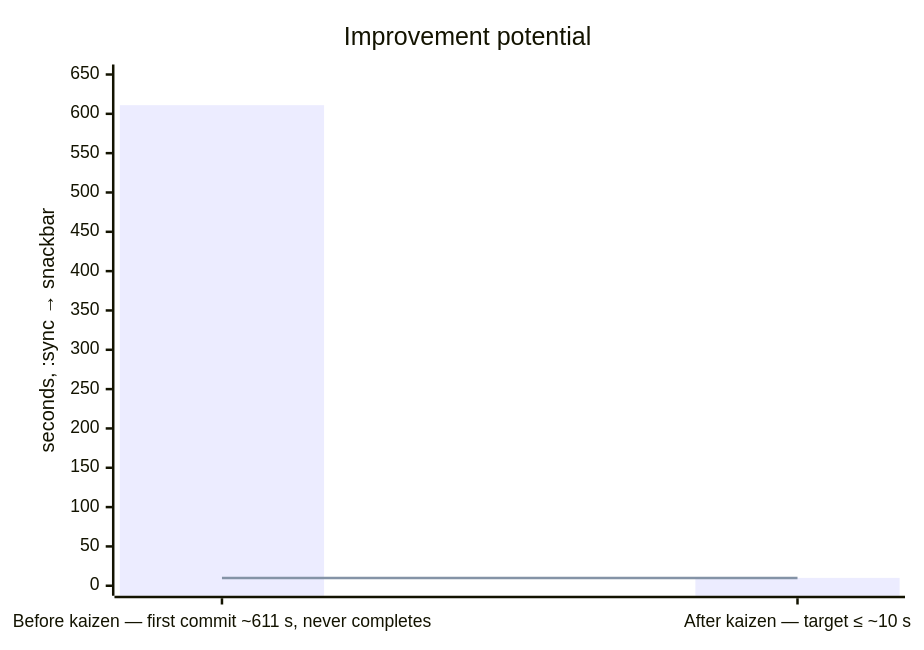
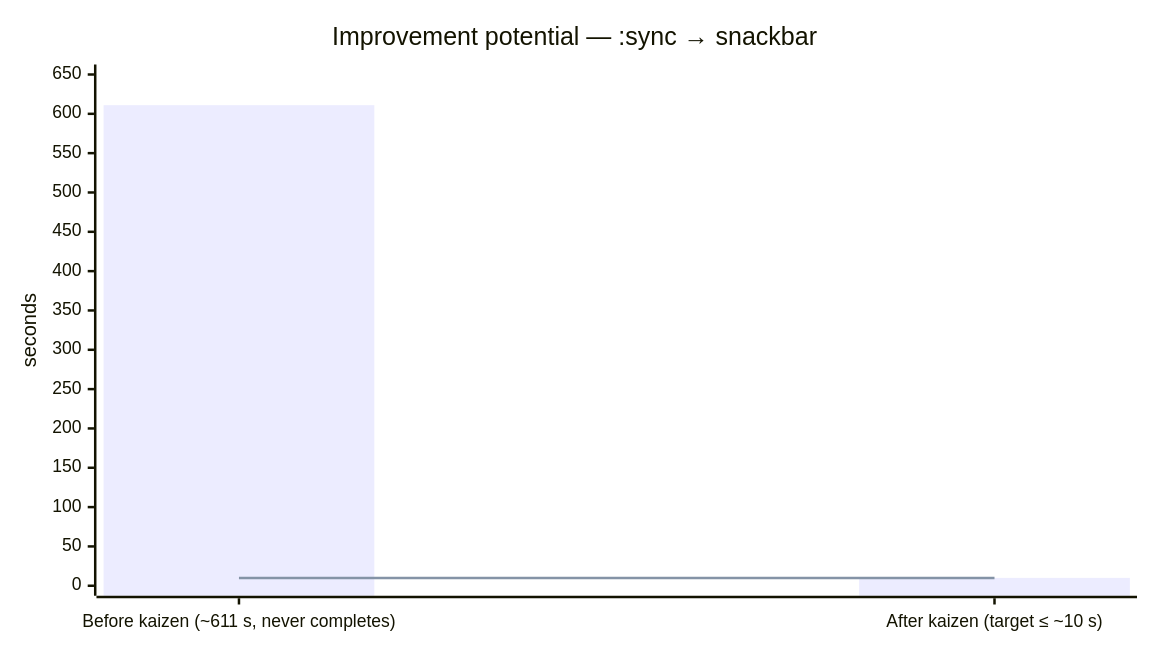
One commit to jcalixte/typewriter changed the diagram in docs/kaizen/real-repo-sync.md. Above: the diagram before and after it, drawn with Mermaid.

Commit message:
docs(kaizen): size the xychart so its labels stop clipping
Explicit 900x500 canvas, tighter x-axis labels, unit-only y-axis title
(the long vertical title collided with the tick numbers in Remanso).

````diff
--- a/docs/kaizen/real-repo-sync.md
+++ b/docs/kaizen/real-repo-sync.md
@@ -22,8 +22,14 @@
 ```mermaid
+---
+config:
+  xyChart:
+    width: 900
+    height: 500
+---
 xychart-beta
-    title "Improvement potential"
-    x-axis ["Before kaizen — first commit ~611 s, never completes", "After kaizen — target ≤ ~10 s"]
-    y-axis "seconds, :sync → snackbar" 0 --> 650
+    title "Improvement potential — :sync → snackbar"
+    x-axis ["Before kaizen (~611 s, never completes)", "After kaizen (target ≤ ~10 s)"]
+    y-axis "seconds" 0 --> 650
     bar [611, 10]
     line [10, 10]
 ```
````
